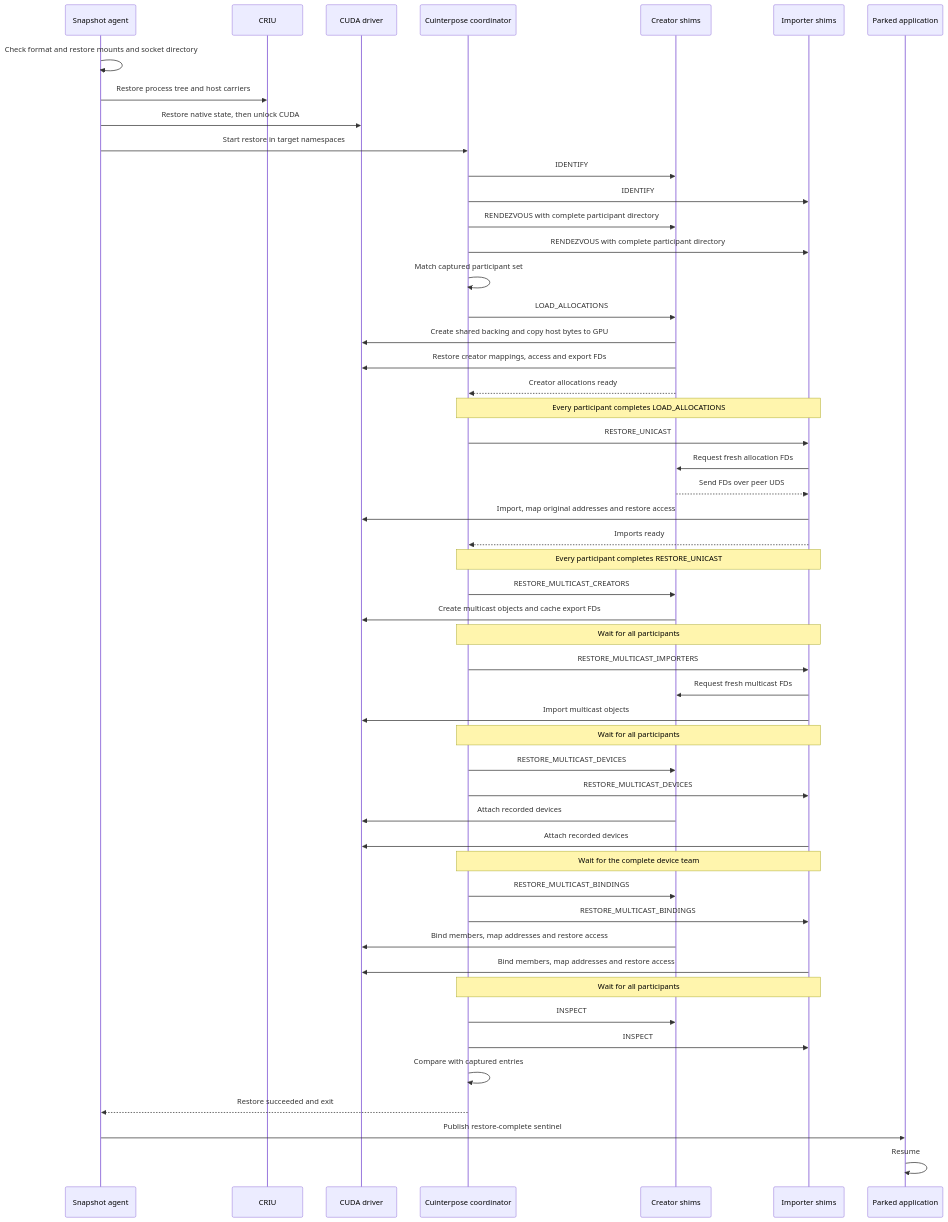
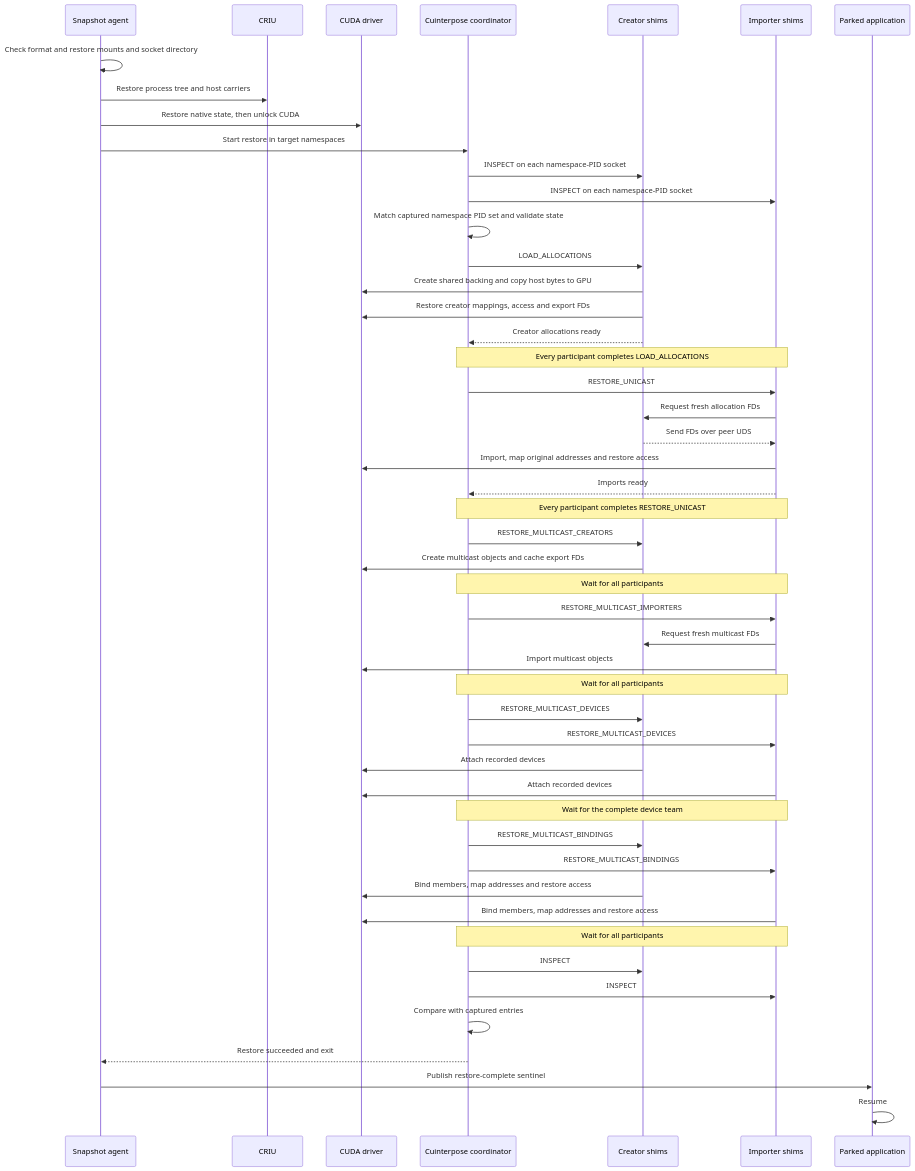
Before and after one commit to ai-dynamo/snapshot: the fifth of 5 diagrams in docs/development/cuinterpose.md, drawn with Mermaid. The commit also changed other lines of this file and 1 other file, not shown here.

````diff
--- a/docs/development/cuinterpose.md
+++ b/docs/development/cuinterpose.md
@@ -380,53 +394,51 @@
 ```mermaid
 sequenceDiagram
     participant Agent as Snapshot agent
     participant CRIU as CRIU
     participant CUDA as CUDA driver
     participant Coord as Cuinterpose coordinator
     participant Creators as Creator shims
     participant Importers as Importer shims
     participant App as Parked application
     Agent->>Agent: Check format and restore mounts and socket directory
     Agent->>CRIU: Restore process tree and host carriers
     Agent->>CUDA: Restore native state, then unlock CUDA
     Agent->>Coord: Start restore in target namespaces
-    Coord->>Creators: IDENTIFY
-    Coord->>Importers: IDENTIFY
-    Coord->>Creators: RENDEZVOUS with complete participant directory
-    Coord->>Importers: RENDEZVOUS with complete participant directory
-    Coord->>Coord: Match captured participant set
+    Coord->>Creators: INSPECT on each namespace-PID socket
+    Coord->>Importers: INSPECT on each namespace-PID socket
+    Coord->>Coord: Match captured namespace PID set and validate state
     Coord->>Creators: LOAD_ALLOCATIONS
     Creators->>CUDA: Create shared backing and copy host bytes to GPU
     Creators->>CUDA: Restore creator mappings, access and export FDs
     Creators-->>Coord: Creator allocations ready
     Note over Coord,Importers: Every participant completes LOAD_ALLOCATIONS
     Coord->>Importers: RESTORE_UNICAST
     Importers->>Creators: Request fresh allocation FDs
     Creators-->>Importers: Send FDs over peer UDS
     Importers->>CUDA: Import, map original addresses and restore access
     Importers-->>Coord: Imports ready
     Note over Coord,Importers: Every participant completes RESTORE_UNICAST
     Coord->>Creators: RESTORE_MULTICAST_CREATORS
     Creators->>CUDA: Create multicast objects and cache export FDs
     Note over Coord,Importers: Wait for all participants
     Coord->>Importers: RESTORE_MULTICAST_IMPORTERS
     Importers->>Creators: Request fresh multicast FDs
     Importers->>CUDA: Import multicast objects
     Note over Coord,Importers: Wait for all participants
     Coord->>Creators: RESTORE_MULTICAST_DEVICES
     Coord->>Importers: RESTORE_MULTICAST_DEVICES
     Creators->>CUDA: Attach recorded devices
     Importers->>CUDA: Attach recorded devices
     Note over Coord,Importers: Wait for the complete device team
     Coord->>Creators: RESTORE_MULTICAST_BINDINGS
     Coord->>Importers: RESTORE_MULTICAST_BINDINGS
     Creators->>CUDA: Bind members, map addresses and restore access
     Importers->>CUDA: Bind members, map addresses and restore access
     Note over Coord,Importers: Wait for all participants
     Coord->>Creators: INSPECT
     Coord->>Importers: INSPECT
     Coord->>Coord: Compare with captured entries
     Coord-->>Agent: Restore succeeded and exit
     Agent->>App: Publish restore-complete sentinel
     App->>App: Resume
 ```
````
